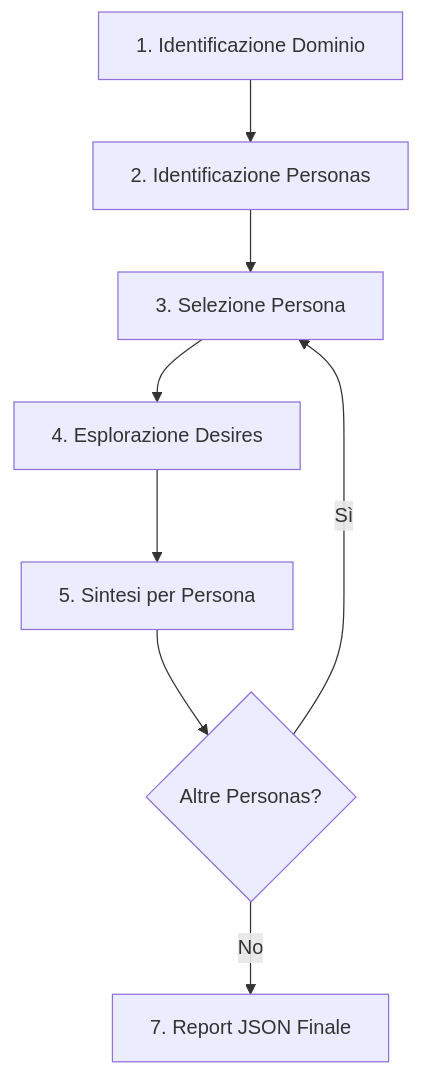
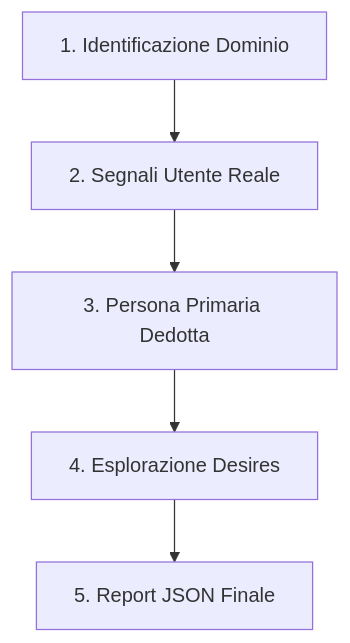
The first of 2 diagrams in docs/AGENTS_GUIDE.md (manant74/unical), drawn with Mermaid before and after one commit. The commit also changed other lines of this file and 4 other files, not shown here.

````diff
--- a/docs/AGENTS_GUIDE.md
+++ b/docs/AGENTS_GUIDE.md
@@ -23,10 +23,7 @@
 ```mermaid
 graph TD
-    A[1. Identificazione Dominio] --> B[2. Identificazione Personas]
-    B --> C[3. Selezione Persona]
+    A[1. Identificazione Dominio] --> B[2. Segnali Utente Reale]
+    B --> C[3. Persona Primaria Dedotta]
     C --> D[4. Esplorazione Desires]
-    D --> E[5. Sintesi per Persona]
-    E --> F{Altre Personas?}
-    F -->|Sì| C
-    F -->|No| G[7. Report JSON Finale]
+    D --> E[5. Report JSON Finale]
 ```
````
